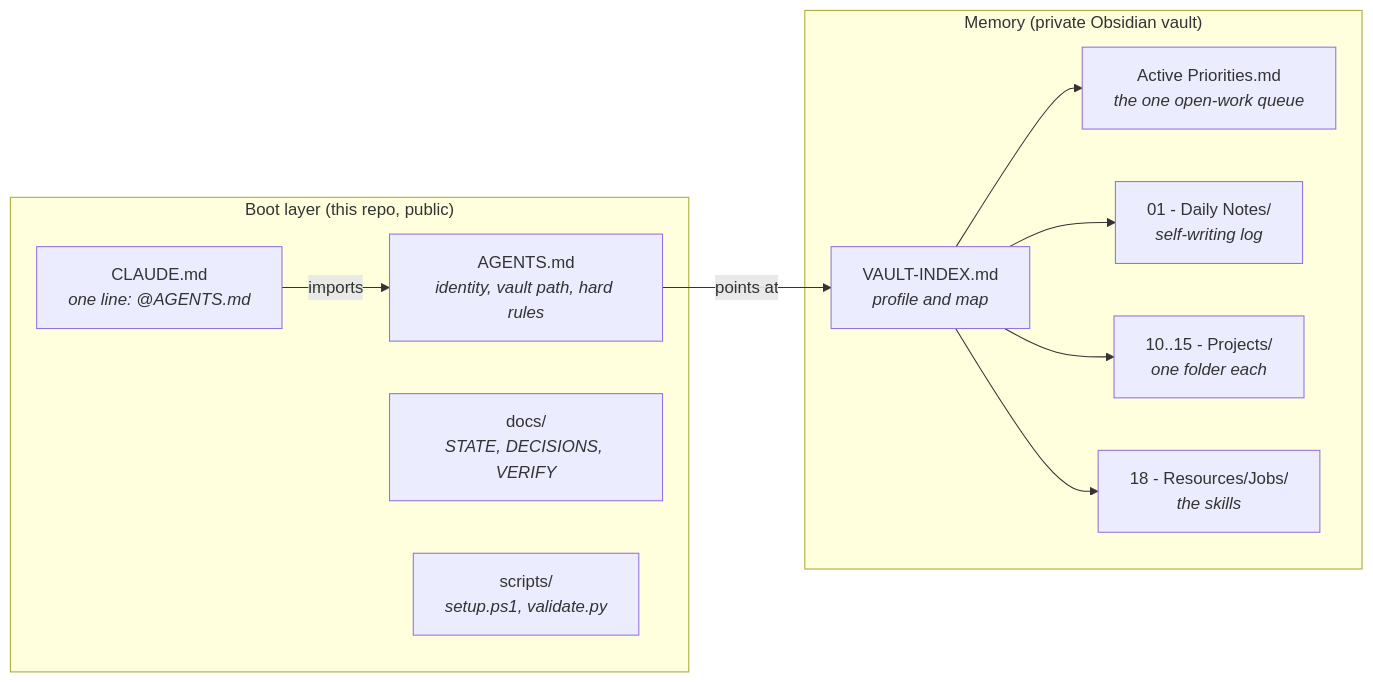
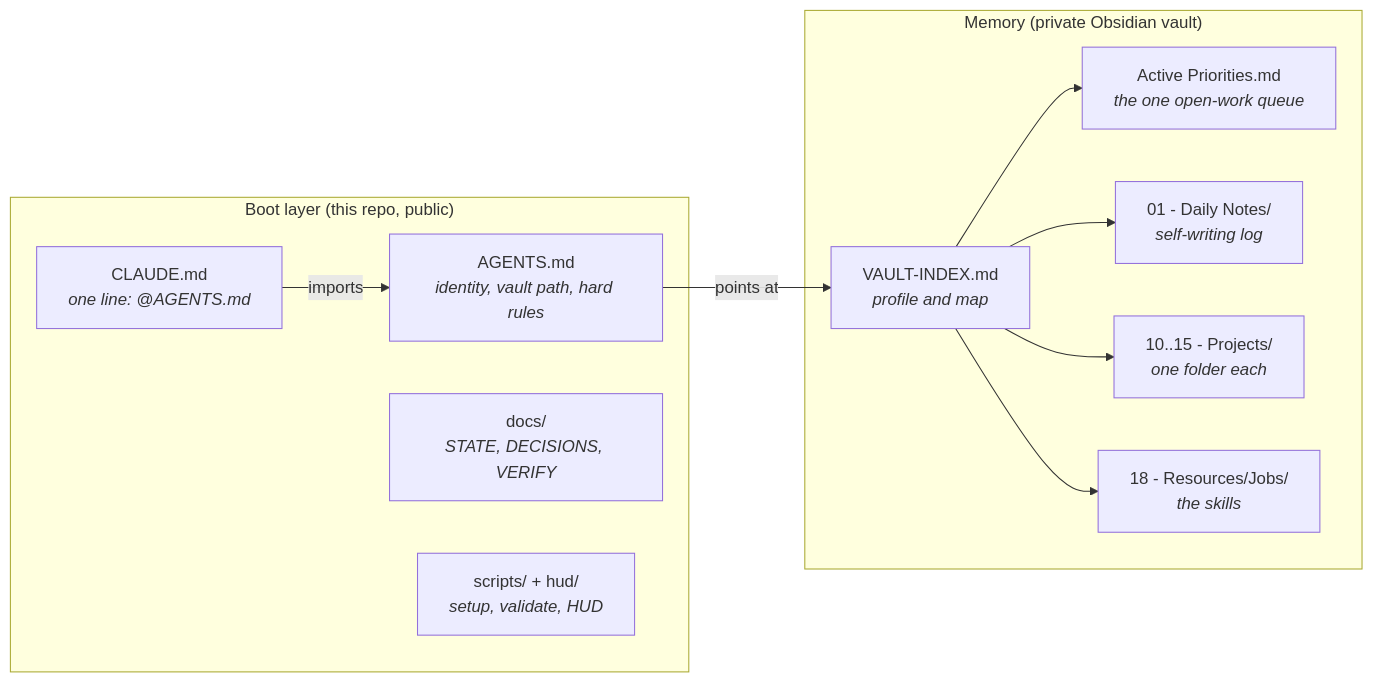
The second of 2 diagrams in README.md (JamesKevinJones/project-jk), drawn with Mermaid before and after one commit. The commit also changed other lines of this file and 13 other files, not shown here.

````diff
--- a/README.md
+++ b/README.md
@@ -80,22 +81,22 @@
 ```mermaid
 flowchart LR
     subgraph REPO["Boot layer (this repo, public)"]
         A["AGENTS.md<br/><i>identity, vault path, hard rules</i>"]
         C["CLAUDE.md<br/><i>one line: @AGENTS.md</i>"]
         D["docs/<br/><i>STATE, DECISIONS, VERIFY</i>"]
-        S["scripts/<br/><i>setup.ps1, validate.py</i>"]
+        S["scripts/ + hud/<br/><i>setup, validate, HUD</i>"]
     end
     subgraph VAULT["Memory (private Obsidian vault)"]
         V["VAULT-INDEX.md<br/><i>profile and map</i>"]
         P["Active Priorities.md<br/><i>the one open-work queue</i>"]
         N["01 - Daily Notes/<br/><i>self-writing log</i>"]
         F["10..15 - Projects/<br/><i>one folder each</i>"]
         J["18 - Resources/Jobs/<br/><i>the skills</i>"]
     end
     A -->|points at| V
     C -->|imports| A
     V --> P
     V --> N
     V --> F
     V --> J
 ```
````
